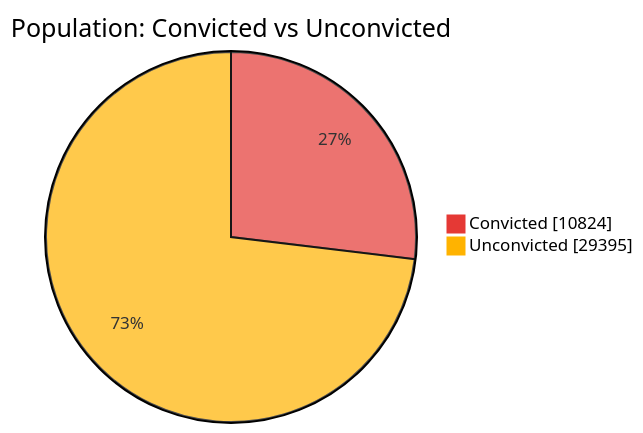
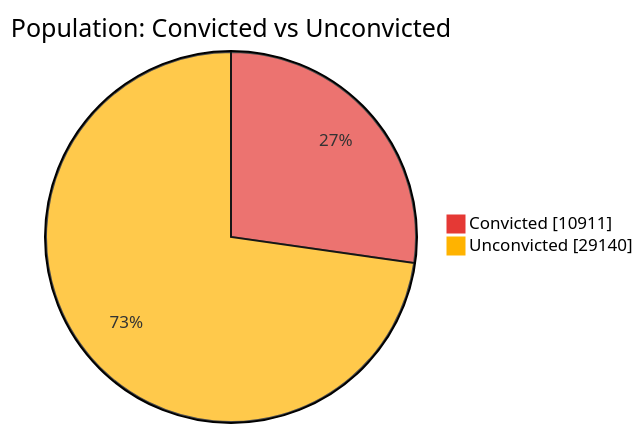
One commit to nuuuwan/lk_prisons changed the first of 7 diagrams in README.md. Above: the diagram before and after it, drawn with Mermaid. The commit also changed other lines of this file and 1 other file, not shown here.

````diff
--- a/README.md
+++ b/README.md
@@ -43,6 +43,6 @@
 ```mermaid
 %%{init: {'themeVariables': {'pie1': '#E53935', 'pie2': '#FFB300'}}}%%
 pie showData title Population: Convicted vs Unconvicted
-    "Convicted" : 10824
-    "Unconvicted" : 29395
+    "Convicted" : 10911
+    "Unconvicted" : 29140
 ```
````
